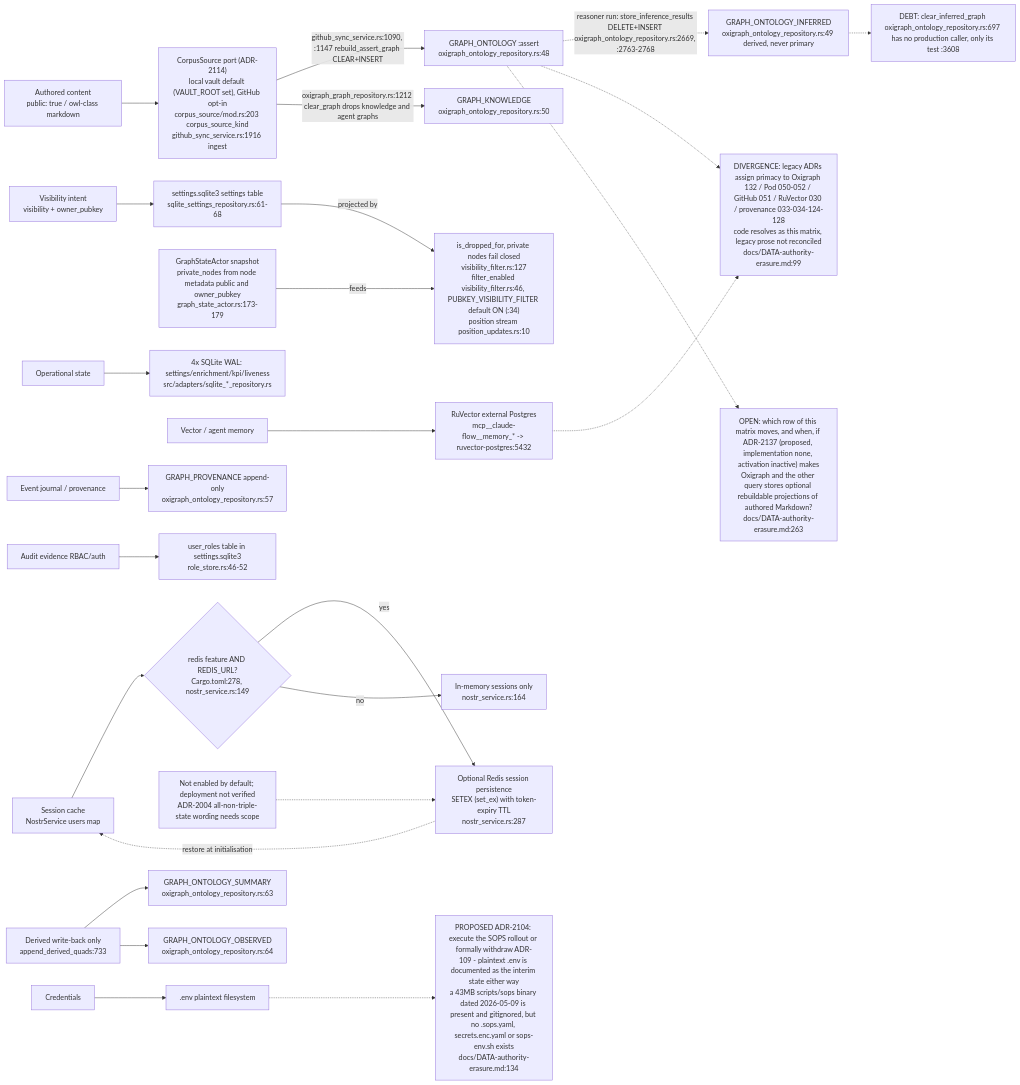
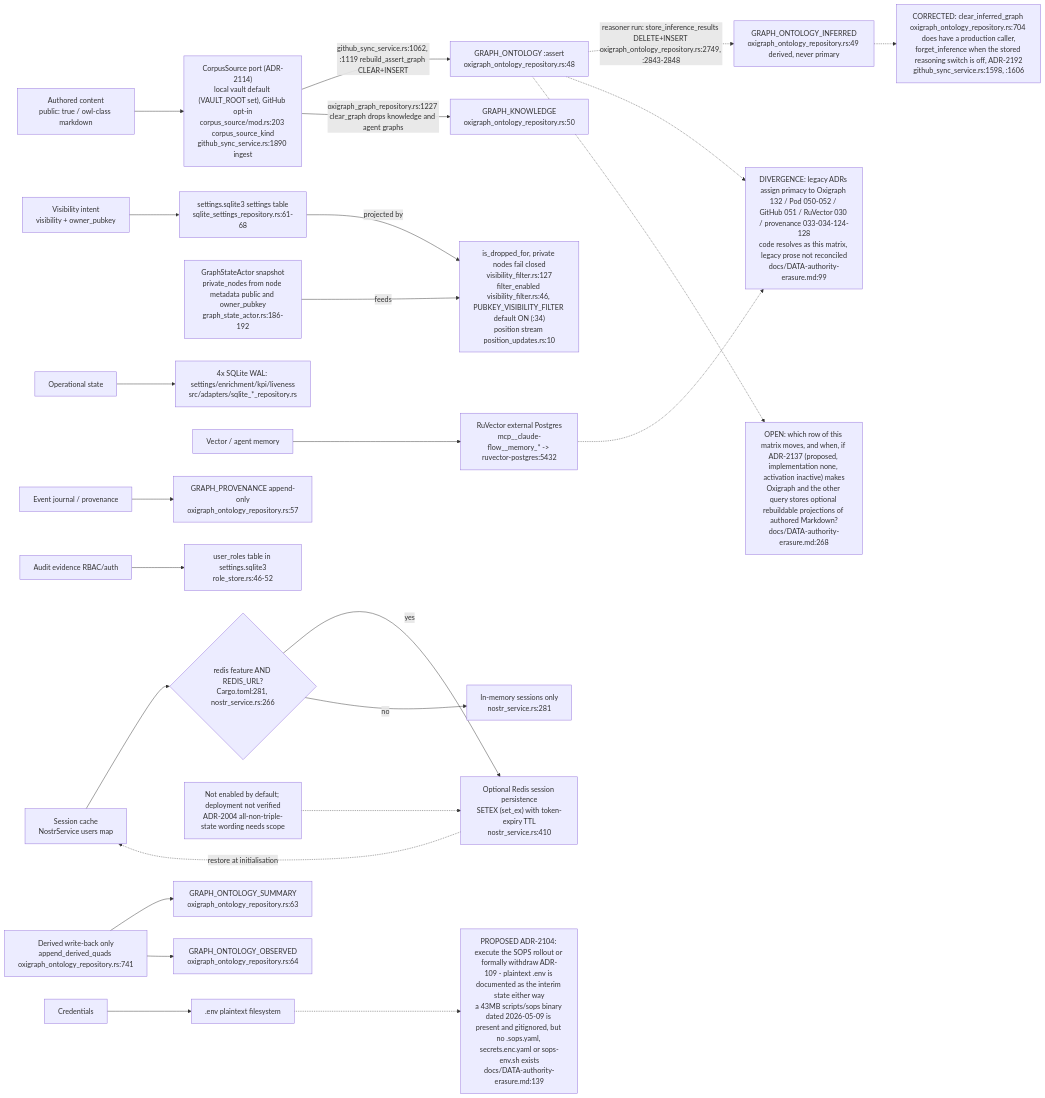
One commit to DreamLab-AI/VisionFlow changed the first of 14 diagrams in docs/diagrams/visionclaw/22-data-authority-provenance-erasure.md. Above: the diagram before and after it, drawn with Mermaid. The commit also changed other lines of this file and 7 other files, not shown here.

````diff
--- a/docs/diagrams/visionclaw/22-data-authority-provenance-erasure.md
+++ b/docs/diagrams/visionclaw/22-data-authority-provenance-erasure.md
@@ -64,44 +65,44 @@
 ```mermaid
 flowchart LR
-    AuthContent["Authored content<br/>public: true / owl-class markdown"] --> CorpusSrc["CorpusSource port (ADR-2114)<br/>local vault default (VAULT_ROOT set), GitHub opt-in<br/>corpus_source/mod.rs:203 corpus_source_kind<br/>github_sync_service.rs:1916 ingest"]
-    CorpusSrc -->|"github_sync_service.rs:1090, :1147 rebuild_assert_graph CLEAR+INSERT"| AssertGraph["GRAPH_ONTOLOGY :assert<br/>oxigraph_ontology_repository.rs:48"]
-    CorpusSrc -->|"oxigraph_graph_repository.rs:1212 clear_graph drops knowledge and agent graphs"| KnowledgeGraph["GRAPH_KNOWLEDGE<br/>oxigraph_ontology_repository.rs:50"]
+    AuthContent["Authored content<br/>public: true / owl-class markdown"] --> CorpusSrc["CorpusSource port (ADR-2114)<br/>local vault default (VAULT_ROOT set), GitHub opt-in<br/>corpus_source/mod.rs:203 corpus_source_kind<br/>github_sync_service.rs:1890 ingest"]
+    CorpusSrc -->|"github_sync_service.rs:1062, :1119 rebuild_assert_graph CLEAR+INSERT"| AssertGraph["GRAPH_ONTOLOGY :assert<br/>oxigraph_ontology_repository.rs:48"]
+    CorpusSrc -->|"oxigraph_graph_repository.rs:1227 clear_graph drops knowledge and agent graphs"| KnowledgeGraph["GRAPH_KNOWLEDGE<br/>oxigraph_ontology_repository.rs:50"]
 
     VisIntent["Visibility intent<br/>visibility + owner_pubkey"] --> SettingsDB["settings.sqlite3 settings table<br/>sqlite_settings_repository.rs:61-68"]
     SettingsDB -->|"projected by"| VisFilter["is_dropped_for, private nodes fail closed<br/>visibility_filter.rs:127<br/>filter_enabled visibility_filter.rs:46, PUBKEY_VISIBILITY_FILTER default ON (:34)<br/>position stream position_updates.rs:10"]
-    GraphActor["GraphStateActor snapshot<br/>private_nodes from node metadata public and owner_pubkey<br/>graph_state_actor.rs:173-179"] -->|"feeds"| VisFilter
+    GraphActor["GraphStateActor snapshot<br/>private_nodes from node metadata public and owner_pubkey<br/>graph_state_actor.rs:186-192"] -->|"feeds"| VisFilter
 
-    AssertGraph -.->|"reasoner run: store_inference_results DELETE+INSERT oxigraph_ontology_repository.rs:2669, :2763-2768"| InferredGraph["GRAPH_ONTOLOGY_INFERRED<br/>oxigraph_ontology_repository.rs:49 derived, never primary"]
+    AssertGraph -.->|"reasoner run: store_inference_results DELETE+INSERT oxigraph_ontology_repository.rs:2749, :2843-2848"| InferredGraph["GRAPH_ONTOLOGY_INFERRED<br/>oxigraph_ontology_repository.rs:49 derived, never primary"]
 
     OpState["Operational state"] --> SqliteFour["4x SQLite WAL: settings/enrichment/kpi/liveness<br/>src/adapters/sqlite_*_repository.rs"]
 
     VectorMem["Vector / agent memory"] --> RuVector["RuVector external Postgres<br/>mcp__claude-flow__memory_* -> ruvector-postgres:5432"]
 
     EventJournal["Event journal / provenance"] --> ProvGraph["GRAPH_PROVENANCE append-only<br/>oxigraph_ontology_repository.rs:57"]
 
     AuditRBAC["Audit evidence RBAC/auth"] --> RoleTable["user_roles table in settings.sqlite3<br/>role_store.rs:46-52"]
 
-    Sessions["Session cache<br/>NostrService users map"] --> RedisGate{"redis feature AND REDIS_URL?<br/>Cargo.toml:278, nostr_service.rs:149"}
-    RedisGate -->|yes| Redis["Optional Redis session persistence<br/>SETEX (set_ex) with token-expiry TTL<br/>nostr_service.rs:287"]
-    RedisGate -->|no| Memory["In-memory sessions only<br/>nostr_service.rs:164"]
+    Sessions["Session cache<br/>NostrService users map"] --> RedisGate{"redis feature AND REDIS_URL?<br/>Cargo.toml:281, nostr_service.rs:266"}
+    RedisGate -->|yes| Redis["Optional Redis session persistence<br/>SETEX (set_ex) with token-expiry TTL<br/>nostr_service.rs:410"]
+    RedisGate -->|no| Memory["In-memory sessions only<br/>nostr_service.rs:281"]
     Redis -.->|"restore at initialisation"| Sessions
     RedisScope["Not enabled by default; deployment not verified<br/>ADR-2004 all-non-triple-state wording needs scope"] -.-> Redis
 
     Credentials["Credentials"] --> DotEnv[".env plaintext filesystem"]
 
-    DerivedWB["Derived write-back only<br/>append_derived_quads:733"] --> SummaryGraph["GRAPH_ONTOLOGY_SUMMARY<br/>oxigraph_ontology_repository.rs:63"]
+    DerivedWB["Derived write-back only<br/>append_derived_quads oxigraph_ontology_repository.rs:741"] --> SummaryGraph["GRAPH_ONTOLOGY_SUMMARY<br/>oxigraph_ontology_repository.rs:63"]
     DerivedWB --> ObservedGraph["GRAPH_ONTOLOGY_OBSERVED<br/>oxigraph_ontology_repository.rs:64"]
 
     DivLegacy["DIVERGENCE: legacy ADRs assign primacy to Oxigraph 132 / Pod 050-052 / GitHub 051 / RuVector 030 / provenance 033-034-124-128<br/>code resolves as this matrix, legacy prose not reconciled<br/>docs/DATA-authority-erasure.md:99"]
     AssertGraph -.-> DivLegacy
     RuVector -.-> DivLegacy
 
-    DivCreds["PROPOSED ADR-2104: execute the SOPS rollout or formally withdraw ADR-109 - plaintext .env is documented as the interim state either way<br/>a 43MB scripts/sops binary dated 2026-05-09 is present and gitignored, but no .sops.yaml, secrets.enc.yaml or sops-env.sh exists<br/>docs/DATA-authority-erasure.md:134"]
+    DivCreds["PROPOSED ADR-2104: execute the SOPS rollout or formally withdraw ADR-109 - plaintext .env is documented as the interim state either way<br/>a 43MB scripts/sops binary dated 2026-05-09 is present and gitignored, but no .sops.yaml, secrets.enc.yaml or sops-env.sh exists<br/>docs/DATA-authority-erasure.md:139"]
     DotEnv -.-> DivCreds
 
-    DebtClear["DEBT: clear_inferred_graph oxigraph_ontology_repository.rs:697 has no production caller, only its test :3608"]
+    DebtClear["CORRECTED: clear_inferred_graph oxigraph_ontology_repository.rs:704 does have a production caller,<br/>forget_inference when the stored reasoning switch is off, ADR-2192<br/>github_sync_service.rs:1598, :1606"]
     InferredGraph -.-> DebtClear
 
-    DivWorkspace["OPEN: which row of this matrix moves, and when, if ADR-2137 (proposed, implementation none, activation inactive) makes<br/>Oxigraph and the other query stores optional rebuildable projections of authored Markdown?<br/>docs/DATA-authority-erasure.md:263"]
+    DivWorkspace["OPEN: which row of this matrix moves, and when, if ADR-2137 (proposed, implementation none, activation inactive) makes<br/>Oxigraph and the other query stores optional rebuildable projections of authored Markdown?<br/>docs/DATA-authority-erasure.md:268"]
     AssertGraph -.-> DivWorkspace
 ```
````
